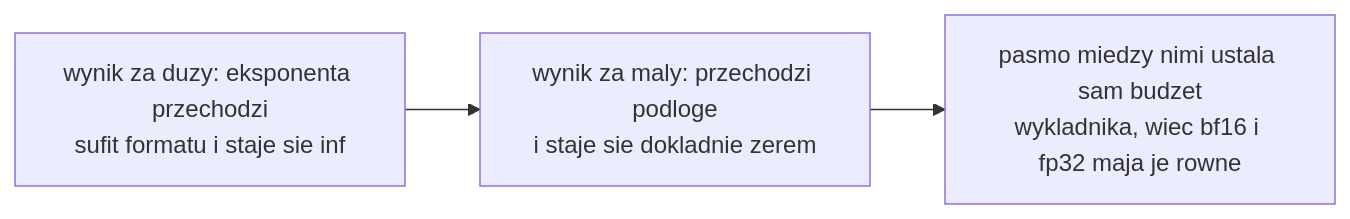
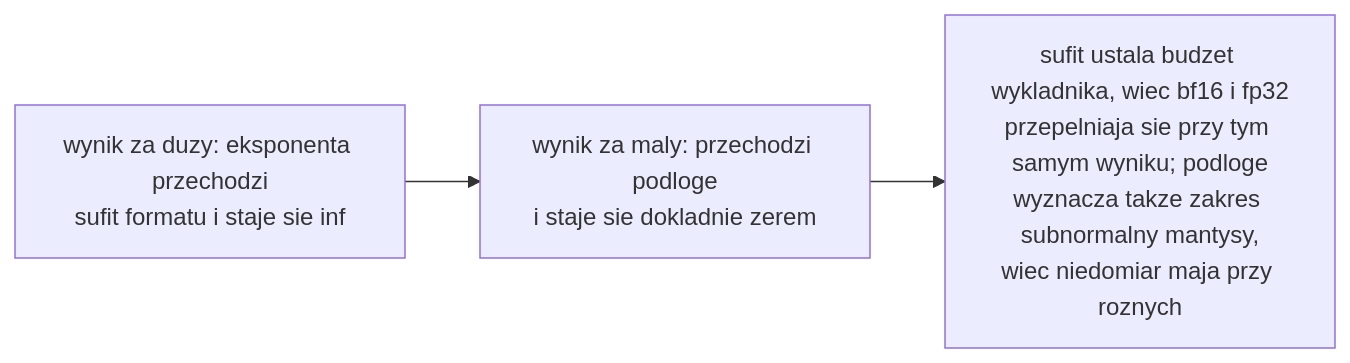
Before and after one commit to konradcinkusz/math-for-ai-engineers: the diagram in figures/mermaid/pl/p02-two-cliffs.mmd, drawn with Mermaid. The commit also changed 11 other files, not shown here.

```diff
--- a/figures/mermaid/pl/p02-two-cliffs.mmd
+++ b/figures/mermaid/pl/p02-two-cliffs.mmd
@@ -1,4 +1,4 @@
 flowchart LR
   A["wynik za duzy: eksponenta przechodzi<br/>sufit formatu i staje sie inf"]
   A --> B["wynik za maly: przechodzi podloge<br/>i staje sie dokladnie zerem"]
-  B --> C["pasmo miedzy nimi ustala sam budzet<br/>wykladnika, wiec bf16 i fp32 maja je rowne"]
+  B --> C["sufit ustala budzet wykladnika, wiec bf16 i fp32<br/>przepelniaja sie przy tym samym wyniku; podloge<br/>wyznacza takze zakres subnormalny mantysy,<br/>wiec niedomiar maja przy roznych"]
```
